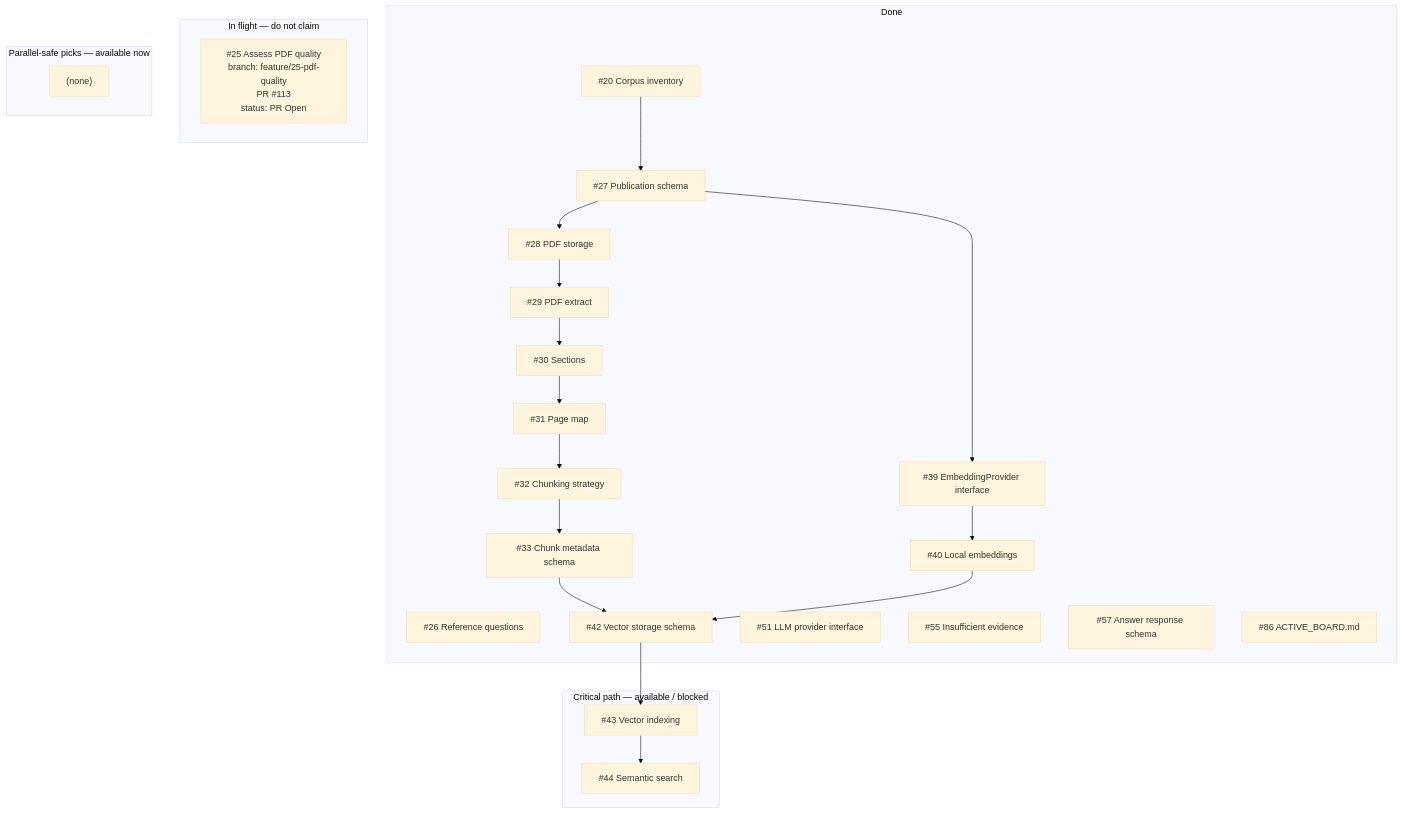
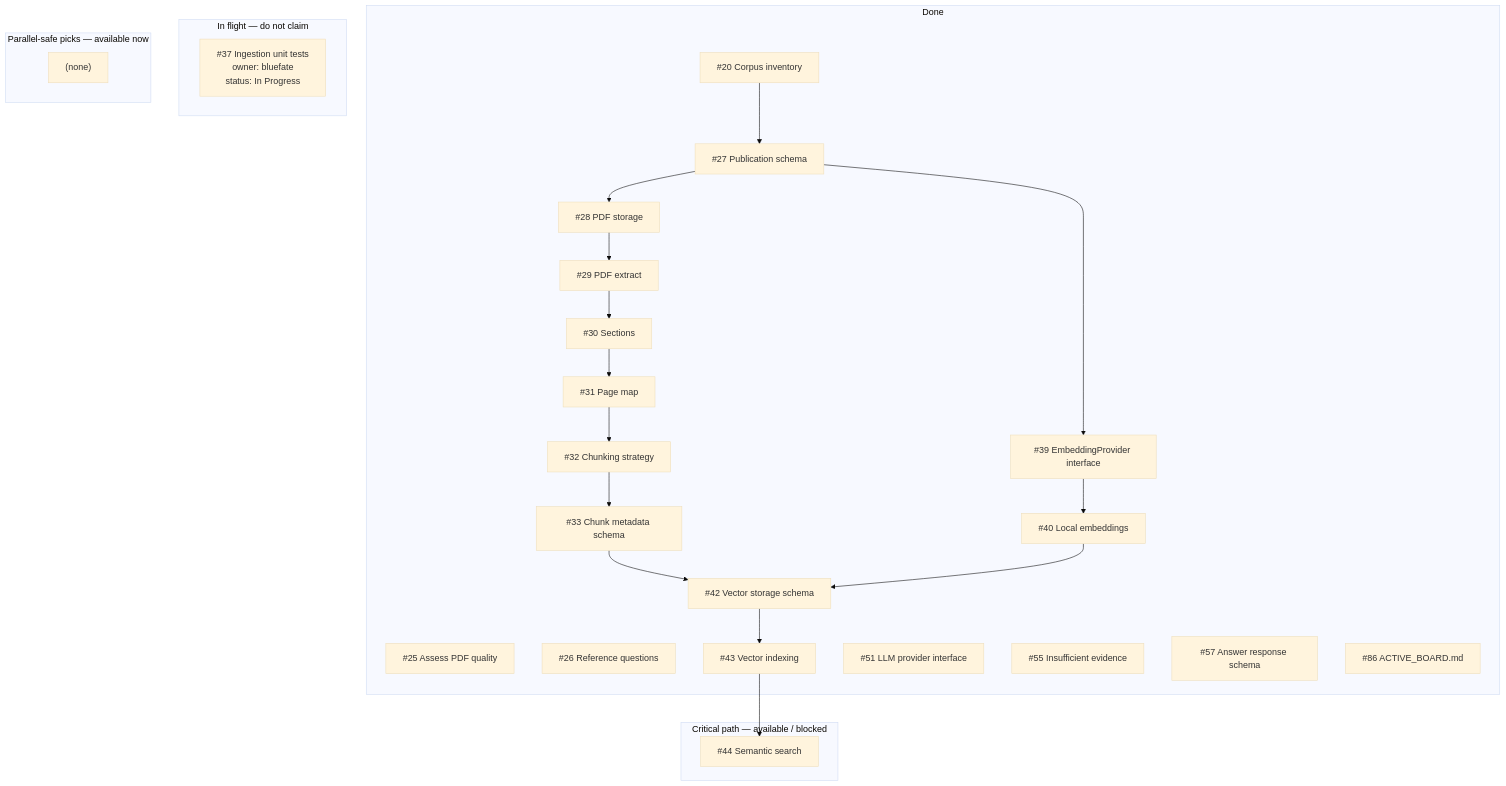
The diagram in docs/development/ACTIVE_BOARD.md (bluefate/spacebio-evidence-engine), drawn with Mermaid (base theme) before and after one commit. The commit also changed other lines of this file and 6 other files, not shown here.

Commit message:
test: add ingestion component unit coverage

````diff
--- a/docs/development/ACTIVE_BOARD.md
+++ b/docs/development/ACTIVE_BOARD.md
@@ -62,44 +62,45 @@
 ```mermaid
 flowchart TB
   subgraph done [Done]
     i20["#20 Corpus inventory"]
+    i25["#25 Assess PDF quality"]
     i26["#26 Reference questions"]
     i27["#27 Publication schema"]
     i28["#28 PDF storage"]
     i29["#29 PDF extract"]
     i30["#30 Sections"]
     i31["#31 Page map"]
     i32["#32 Chunking strategy"]
     i33["#33 Chunk metadata schema"]
     i39["#39 EmbeddingProvider interface"]
     i40["#40 Local embeddings"]
     i42["#42 Vector storage schema"]
+    i43["#43 Vector indexing"]
     i51["#51 LLM provider interface"]
     i55["#55 Insufficient evidence"]
     i57["#57 Answer response schema"]
     i86["#86 ACTIVE_BOARD.md"]
   end
   subgraph inflight [In flight — do not claim]
-    i25["#25 Assess PDF quality<br/>branch: feature/25-pdf-quality<br/>PR #113<br/>status: PR Open"]
+    i37["#37 Ingestion unit tests<br/>owner: bluefate<br/>status: In Progress"]
   end
   subgraph nextCritical [Critical path — available / blocked]
-    i43["#43 Vector indexing"]
     i44["#44 Semantic search"]
   end
   subgraph nextParallel [Parallel-safe picks — available now]
     nextParallel_empty["(none)"]
   end
   i20 --> i27
   i27 --> i28
   i28 --> i29
   i29 --> i30
   i30 --> i31
   i31 --> i32
   i32 --> i33
   i33 --> i42
   i27 --> i39
   i39 --> i40
   i40 --> i42
   i42 --> i43
   i43 --> i44
 ```
````
